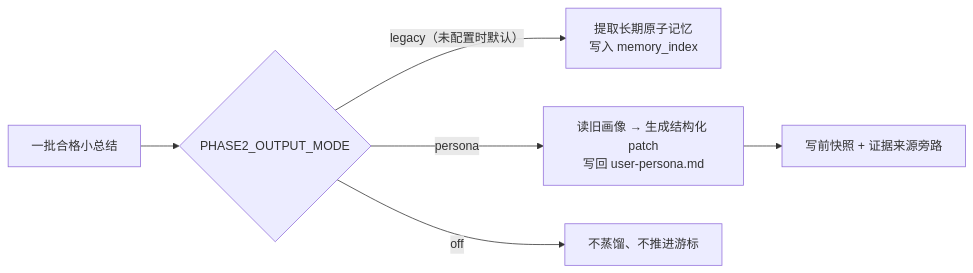
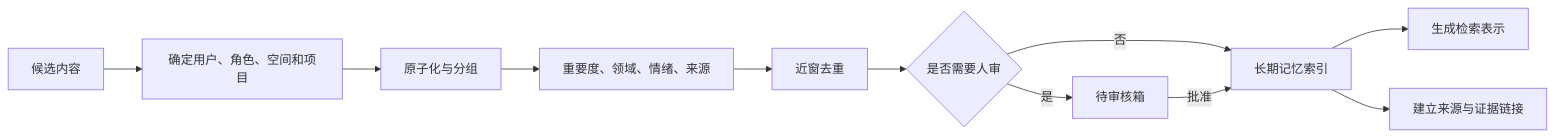
The third of 4 diagrams in azoth_memory_system_anatomy.md (TAra93-1/AZOTH_mem), drawn with Mermaid before and after one commit. The commit also changed other lines of this file and 2 other files, not shown here.

Commit message:
docs: make memory guide public-facing

````diff
--- a/azoth_memory_system_anatomy.md
+++ b/azoth_memory_system_anatomy.md
@@ -161,8 +198,13 @@
 ```mermaid
 flowchart LR
-    A["一批合格小总结"] --> MODE{"PHASE2_OUTPUT_MODE"}
-    MODE -->|"legacy（未配置时默认）"| L["提取长期原子记忆<br/>写入 memory_index"]
-    MODE -->|"persona"| P["读旧画像 → 生成结构化 patch<br/>写回 user-persona.md"]
-    MODE -->|"off"| X["不蒸馏、不推进游标"]
-    P --> SNAP["写前快照 + 证据来源旁路"]
+    IN["候选内容"] --> OWN["确定用户、角色、空间和项目"]
+    OWN --> ATOM["原子化与分组"]
+    ATOM --> META["重要度、领域、情绪、来源"]
+    META --> DEDUP["近窗去重"]
+    DEDUP --> REVIEW{"是否需要人审"}
+    REVIEW -->|"是"| STAGE["待审核箱"]
+    REVIEW -->|"否"| INDEX["长期记忆索引"]
+    STAGE -->|"批准"| INDEX
+    INDEX --> EMB["生成检索表示"]
+    INDEX --> SOURCE["建立来源与证据链接"]
 ```
````
